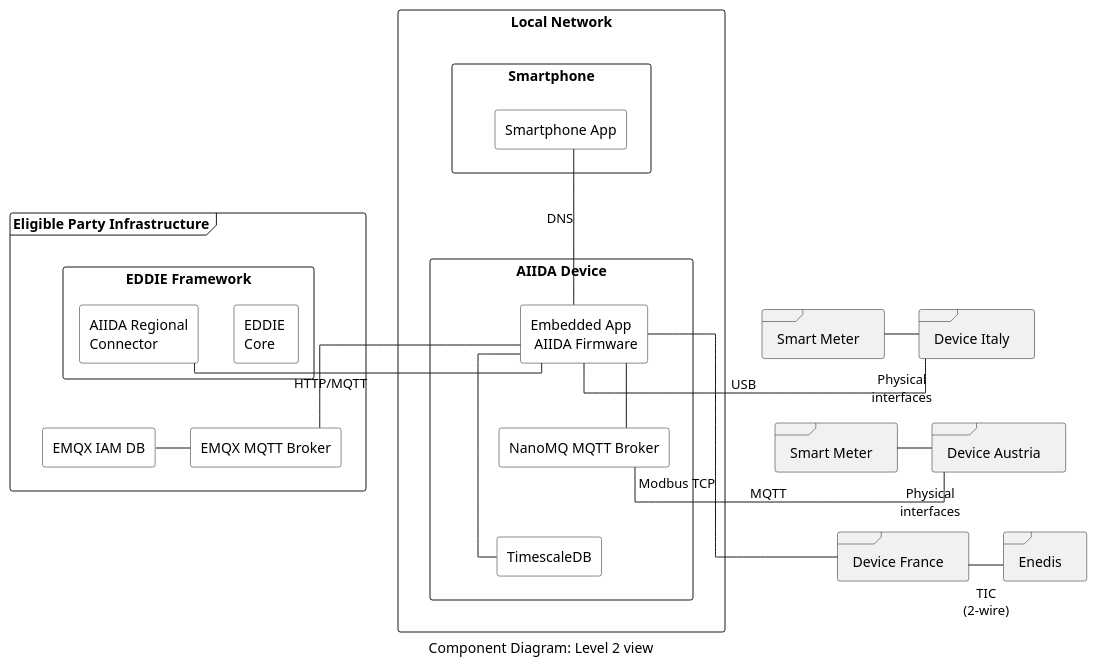
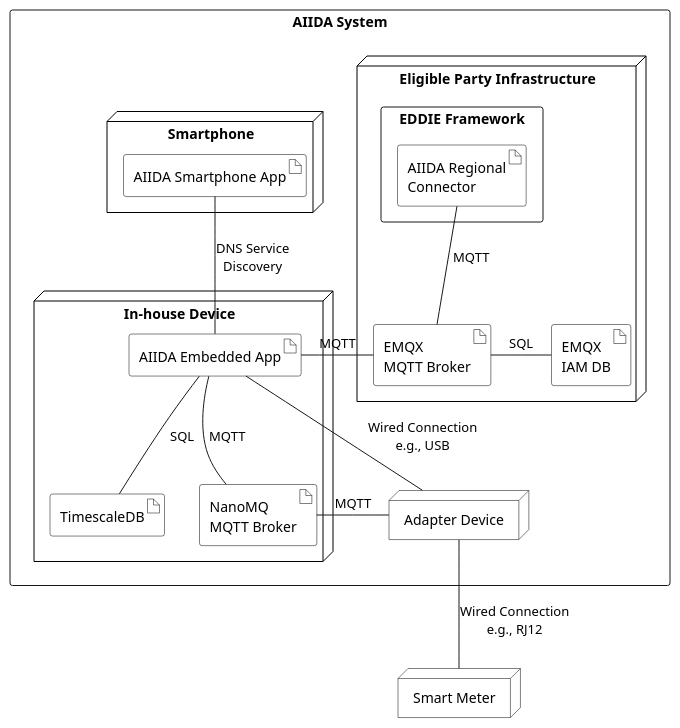
One commit to eddie-energy/architecture changed the diagram in arc42/aiida/deployment-view/figures/aiida_deployment_view.puml. Above: the diagram before and after it, drawn with PlantUML. The commit also changed 2 other files, not shown here.

Commit message:
update the AIIDA deployment view

```diff
--- a/arc42/aiida/deployment-view/figures/aiida_deployment_view.puml
+++ b/arc42/aiida/deployment-view/figures/aiida_deployment_view.puml
@@ -1,94 +1,82 @@
 @startuml aiida_deployment_view
 'component diagram
-caption Component Diagram: Level 2 view
 
-skinparam linetype ortho
-skinparam interface {
-  backgroundColor transparent
-  borderColor black
-}
+' skinparam linetype ortho
+
 skinparam artifact{
   BorderColor black
   BackgroundColor transparent
 }
-skinparam actor{
-  BorderColor black
-  BackgroundColor transparent
-}
-skinparam database{
-  BorderColor black
-  BackgroundColor transparent
-}
-skinparam collections{
+skinparam node{
   BorderColor black
   BackgroundColor white
 }
 skinparam rectangle{
   ' BorderColor transparent
   BackgroundColor transparent
   FontColor black
 }
 
+rectangle "AIIDA System" {
+  node "Eligible Party Infrastructure"  as epInfra{
+    rectangle "EDDIE Framework" {
+      artifact "AIIDA Regional\nConnector" as regcon
+    }
+    artifact "EMQX \nMQTT Broker" as broker
+    artifact "EMQX \nIAM DB" as emqxiam
 
-frame "Eligible Party Infrastructure"  as epInfra{
-  rectangle "EDDIE Framework" {
+    broker -right- emqxiam : SQL
+    regcon -down- broker : MQTT
+  }
 
-    rectangle "EDDIE \nCore" as eddie
-    rectangle "AIIDA Regional\nConnector" as regcon
+  node "Smartphone" as smartphone{
+    artifact "AIIDA Smartphone App" as app
+
   }
-    rectangle "EMQX MQTT Broker" as broker
-  rectangle "EMQX IAM DB" as emqxiam
+  node "In-house Device" as aiida {
+    artifact "AIIDA Embedded App" as embapp
+    artifact "NanoMQ \nMQTT Broker" as nano
+    artifact "TimescaleDB" as db
+
+    embapp -down- nano : MQTT
+    embapp -down- db : SQL
+    db -[hidden]right- nano
+  }
+
+  embapp -up- app : DNS Service\nDiscovery
+  embapp -right- broker : MQTT
+
+  ' frame "Device Austria" as device2
+  ' frame "Device France" as device3
+node "Adapter Device" as adapterDevice
+}
+node "Smart Meter" as smartmeter
+
+adapterDevice -left- embapp :  Wired Connection\ne.g., USB
+adapterDevice -left- nano : MQTT
+
+smartmeter -up- adapterDevice : Wired Connection\ne.g., RJ12
 
 
-  eddie -[hidden]down- emqxiam
-  eddie -[hidden]down- broker
-  emqxiam -left- broker
- 
-}
-rectangle "Local Network" {
-  rectangle "Smartphone" as smartphone{
-    rectangle "Smartphone App" as app
+' frame "Enedis" as enedis
+' frame "Smart Meter" as smartmeter2
 
-  }
-  rectangle "AIIDA Device" as aiida {
-    rectangle "Embedded App\n AIIDA Firmware" as embapp
-    rectangle "NanoMQ MQTT Broker" as nano
-    rectangle "TimescaleDB" as db
-  }
-  embapp -[hidden]down- nano
-  nano -[hidden]down- db
-  aiida -[hidden]up- smartphone
-  embapp -up- app:DNS
-  embapp -down- db
-  embapp -left- broker
- 
-}
-
-frame "Device Italy" as device1
-frame "Device Austria" as device2
-frame "Device France" as device3
-
-frame "Smart Meter" as smartmeter1
-frame "Enedis" as enedis
-frame "Smart Meter" as smartmeter2
-
-device1 -left- smartmeter1:\n\nPhysical\ninterfaces
-device2 -left- smartmeter2:\n\nPhysical\ninterfaces
-device3 -left- enedis:\nTIC\n(2-wire)
-
-regcon -left- embapp:HTTP/MQTT
-embapp -[hidden]right- device2
-embapp -right- device1:USB
-embapp -right- device3:Modbus TCP
-nano -right- device2:MQTT
-nano -up-embapp
-device1 -[hidden]down- device2
-device2 -[hidden]down- device3
-epInfra -[hidden]right- aiida
-enedis -[hidden]left-device3
+' device1 -left- smartmeter1:\n\nPhysical\ninterfaces
+' device2 -left- smartmeter2:\n\nPhysical\ninterfaces
+' device3 -left- enedis:\nTIC\n(2-wire)
 
 
 
- 
+' embapp -right- device1:USB
+' embapp -right- device3:Modbus TCP
+' nano -right- device2:MQTT
+' device1 -[hidden]down- device2
+' device2 -[hidden]down- device3
+' epInfra -[hidden]right- aiida
+' enedis -[hidden]left-device3
+
+
+
+
 
 @enduml
```
